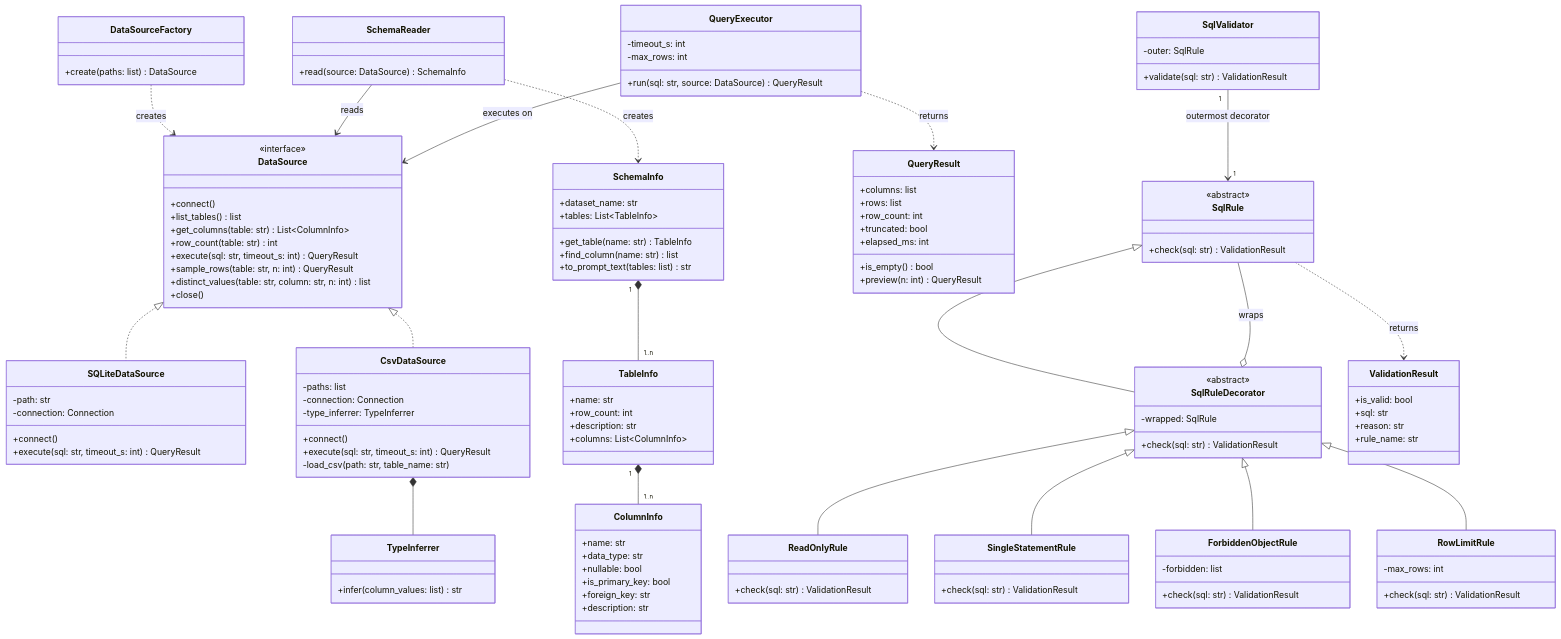
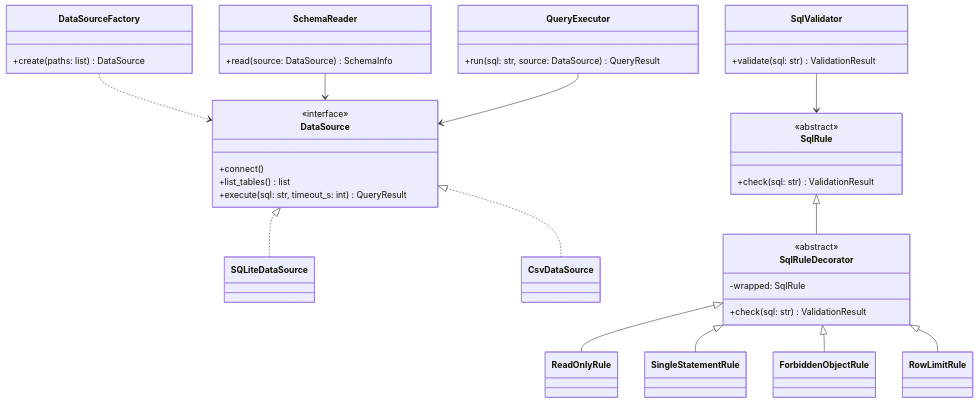
One commit to krishi-shah/AskDB-Data-Analyst-Agent changed the fourth of 15 diagrams in docs/Stage1_Design_Report.md. Above: the diagram before and after it, drawn with Mermaid. The commit also changed other lines of this file, not shown here.

Commit message:
Name the missing design principles and keep only the UML diagrams Stage 1 asks for.

````diff
--- a/docs/Stage1_Design_Report.md
+++ b/docs/Stage1_Design_Report.md
@@ -1034,73 +528,20 @@
         <<interface>>
         +connect()
         +list_tables() list
-        +get_columns(table: str) List~ColumnInfo~
-        +row_count(table: str) int
-        +execute(sql: str, timeout_s: int) QueryResult
-        +sample_rows(table: str, n: int) QueryResult
-        +distinct_values(table: str, column: str, n: int) list
-        +close()
-    }
-    class SQLiteDataSource {
-        -path: str
-        -connection: Connection
-        +connect()
         +execute(sql: str, timeout_s: int) QueryResult
     }
-    class CsvDataSource {
-        -paths: list
-        -connection: Connection
-        -type_inferrer: TypeInferrer
-        +connect()
-        +execute(sql: str, timeout_s: int) QueryResult
-        -load_csv(path: str, table_name: str)
-    }
-    class TypeInferrer {
-        +infer(column_values: list) str
-    }
+    class SQLiteDataSource
+    class CsvDataSource
     class DataSourceFactory {
         +create(paths: list) DataSource
     }
     class SchemaReader {
         +read(source: DataSource) SchemaInfo
     }
-    class SchemaInfo {
-        +dataset_name: str
-        +tables: List~TableInfo~
-        +get_table(name: str) TableInfo
-        +find_column(name: str) list
-        +to_prompt_text(tables: list) str
-    }
-    class TableInfo {
-        +name: str
-        +row_count: int
-        +description: str
-        +columns: List~ColumnInfo~
-    }
-    class ColumnInfo {
-        +name: str
-        +data_type: str
-        +nullable: bool
-        +is_primary_key: bool
-        +foreign_key: str
-        +description: str
-    }
     class QueryExecutor {
-        -timeout_s: int
-        -max_rows: int
         +run(sql: str, source: DataSource) QueryResult
     }
-    class QueryResult {
-        +columns: list
-        +rows: list
-        +row_count: int
-        +truncated: bool
-        +elapsed_ms: int
-        +is_empty() bool
-        +preview(n: int) QueryResult
-    }
     class SqlValidator {
-        -outer: SqlRule
         +validate(sql: str) ValidationResult
     }
     class SqlRule {
@@ -1112,43 +553,19 @@
         -wrapped: SqlRule
         +check(sql: str) ValidationResult
     }
-    class ReadOnlyRule {
-        +check(sql: str) ValidationResult
-    }
-    class SingleStatementRule {
-        +check(sql: str) ValidationResult
-    }
-    class ForbiddenObjectRule {
-        -forbidden: list
-        +check(sql: str) ValidationResult
-    }
-    class RowLimitRule {
-        -max_rows: int
-        +check(sql: str) ValidationResult
-    }
-    class ValidationResult {
-        +is_valid: bool
-        +sql: str
-        +reason: str
-        +rule_name: str
-    }
-
+    class ReadOnlyRule
+    class SingleStatementRule
+    class ForbiddenObjectRule
+    class RowLimitRule
     DataSource <|.. SQLiteDataSource
     DataSource <|.. CsvDataSource
-    CsvDataSource *-- TypeInferrer
-    DataSourceFactory ..> DataSource : creates
-    SchemaReader ..> SchemaInfo : creates
-    SchemaReader --> DataSource : reads
-    SchemaInfo "1" *-- "1..n" TableInfo
-    TableInfo "1" *-- "1..n" ColumnInfo
-    QueryExecutor --> DataSource : executes on
-    QueryExecutor ..> QueryResult : returns
-    SqlValidator "1" --> "1" SqlRule : outermost decorator
+    DataSourceFactory ..> DataSource
+    SchemaReader --> DataSource
+    QueryExecutor --> DataSource
+    SqlValidator --> SqlRule
     SqlRule <|-- SqlRuleDecorator
-    SqlRuleDecorator o-- SqlRule : wraps
     SqlRuleDecorator <|-- ReadOnlyRule
     SqlRuleDecorator <|-- SingleStatementRule
     SqlRuleDecorator <|-- ForbiddenObjectRule
     SqlRuleDecorator <|-- RowLimitRule
-    SqlRule ..> ValidationResult : returns
 ```
````
